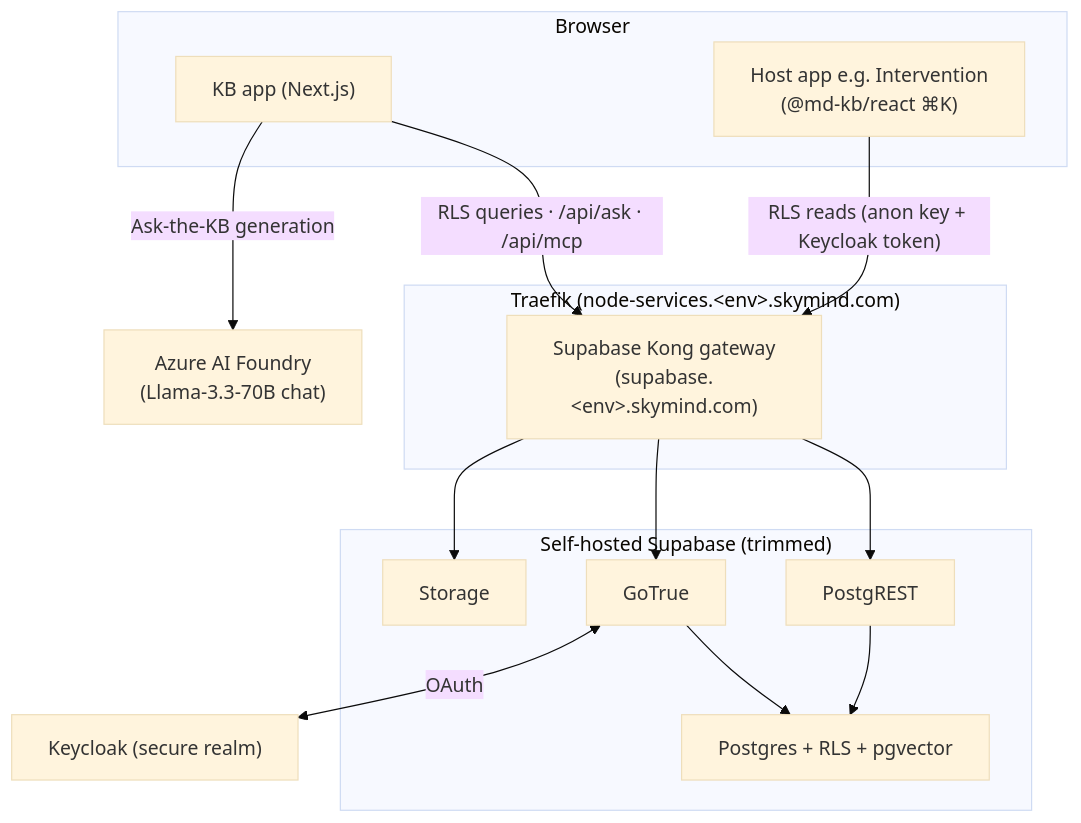
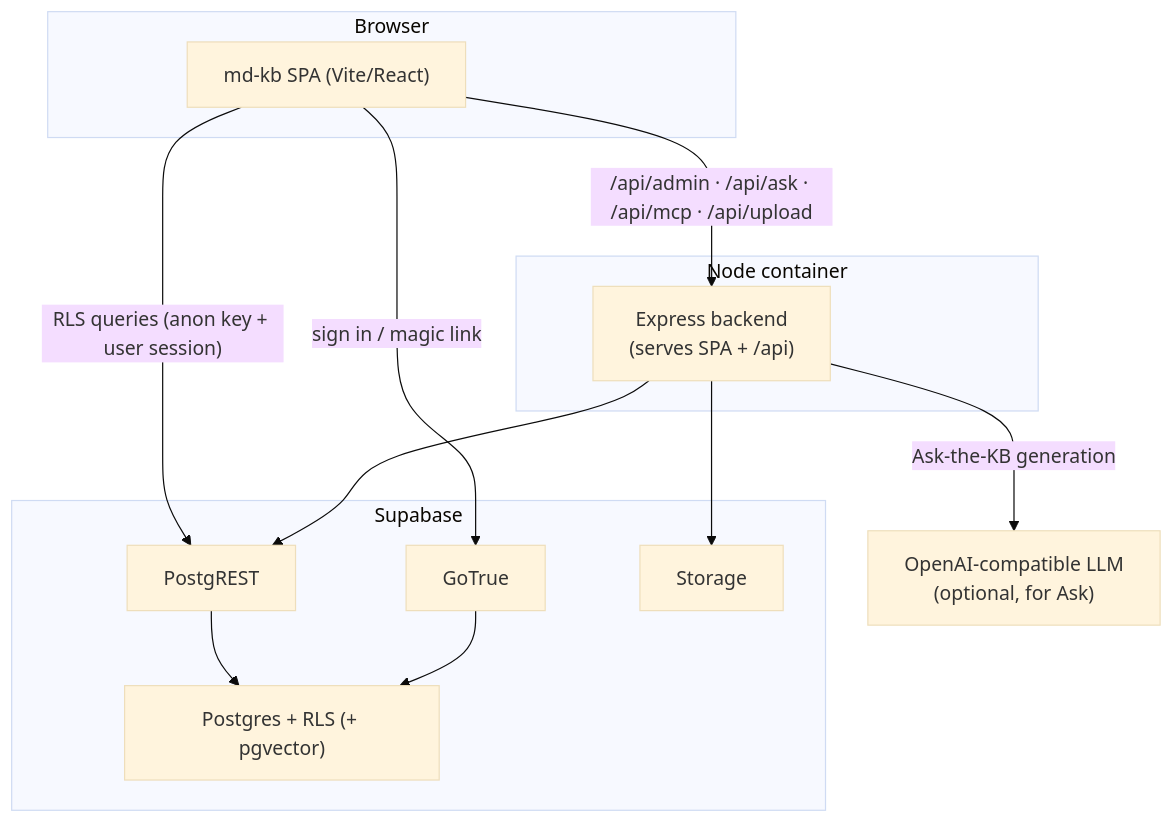
One commit to nomadical/md-kb changed the diagram in docs/ARCHITECTURE.md. Above: the diagram before and after it, drawn with Mermaid (base theme). The commit also changed other lines of this file and 9 other files, not shown here.

First line of the commit message:
docs: genericize architecture docs, drop internal SkyCell ones (#11)

````diff
--- a/docs/ARCHITECTURE.md
+++ b/docs/ARCHITECTURE.md
@@ -35,26 +30,25 @@
 ```mermaid
 flowchart TB
   subgraph Browser
-    APP["KB app (Next.js)"]
-    HOST["Host app e.g. Intervention<br/>(@md-kb/react ⌘K)"]
+    APP["md-kb SPA (Vite/React)"]
   end
-  subgraph Traefik["Traefik (node-services.&lt;env&gt;.skymind.com)"]
-    KONG["Supabase Kong gateway<br/>(supabase.&lt;env&gt;.skymind.com)"]
+  subgraph Server["Node container"]
+    EXP["Express backend<br/>(serves SPA + /api)"]
   end
-  subgraph Supabase["Self-hosted Supabase (trimmed)"]
+  subgraph Supabase
     REST["PostgREST"]
     AUTH["GoTrue"]
     STORE["Storage"]
-    DB["Postgres + RLS + pgvector"]
+    DB["Postgres + RLS (+ pgvector)"]
   end
-  KC["Keycloak (secure realm)"]
-  AOAI["Azure AI Foundry<br/>(Llama-3.3-70B chat)"]
+  LLM["OpenAI-compatible LLM<br/>(optional, for Ask)"]
 
-  APP -->|"RLS queries · /api/ask · /api/mcp"| KONG
-  HOST -->|"RLS reads (anon key + Keycloak token)"| KONG
-  KONG --> REST --> DB
-  KONG --> AUTH --> DB
-  KONG --> STORE
-  AUTH <-->|OAuth| KC
-  APP -->|"Ask-the-KB generation"| AOAI
+  APP -->|"RLS queries (anon key + user session)"| REST
+  APP -->|"sign in / magic link"| AUTH
+  APP -->|"/api/admin · /api/ask · /api/mcp · /api/upload"| EXP
+  EXP --> REST
+  EXP --> STORE
+  EXP -->|"Ask-the-KB generation"| LLM
+  REST --> DB
+  AUTH --> DB
 ```
````
